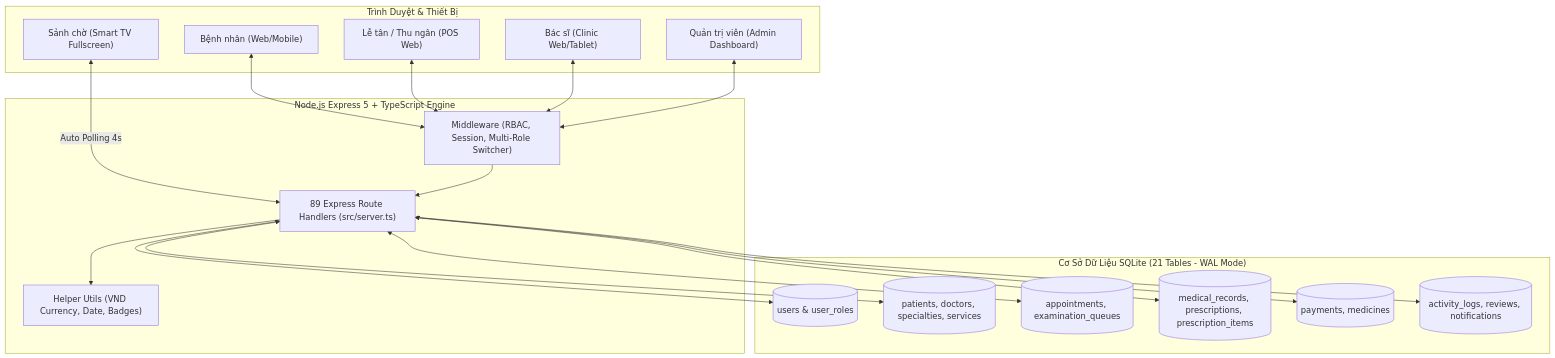
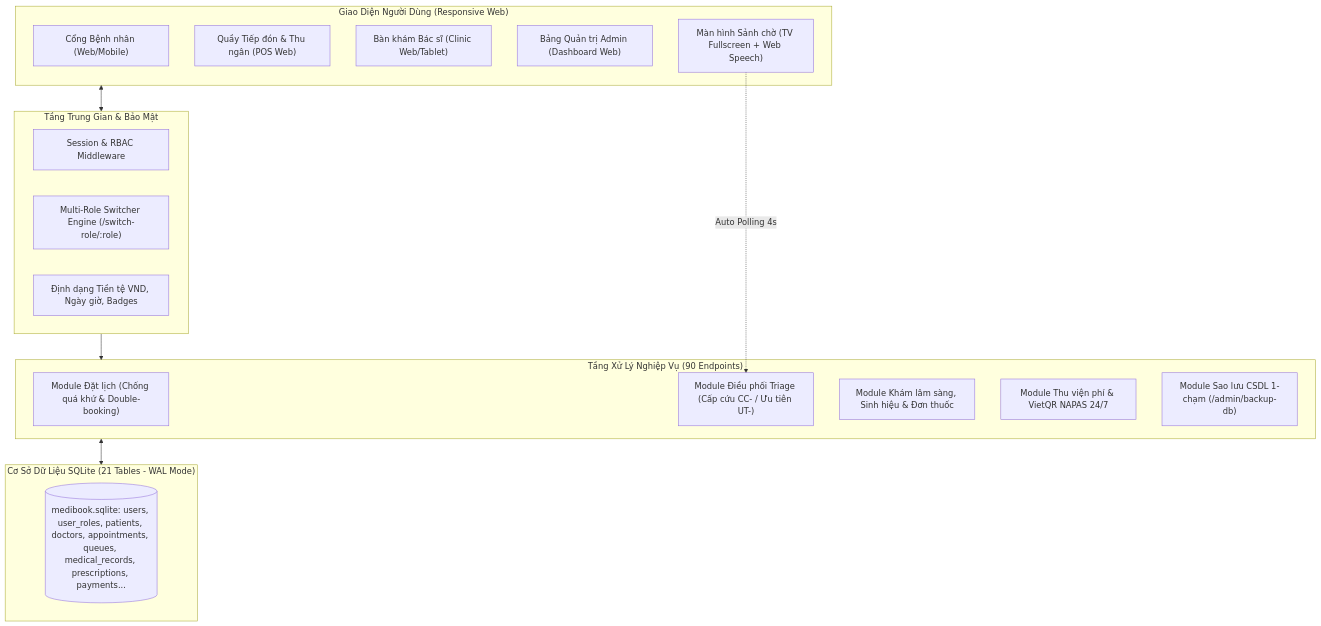
The diagram in PROJECT_AUDIT.md (ntrungz0704/MediBook), drawn with Mermaid before and after one commit. The commit also changed other lines of this file, not shown here.

Commit message:
docs: update PROJECT_AUDIT.md with fresh re-scan metrics and 45/45 test results

````diff
--- a/PROJECT_AUDIT.md
+++ b/PROJECT_AUDIT.md
@@ -53,40 +55,33 @@
 ```mermaid
 flowchart TD
-    subgraph Client["Trình Duyệt & Thiết Bị"]
-        PatientUI["Bệnh nhân (Web/Mobile)"]
-        RecepUI["Lễ tân / Thu ngân (POS Web)"]
-        DocUI["Bác sĩ (Clinic Web/Tablet)"]
-        AdminUI["Quản trị viên (Admin Dashboard)"]
-        TVUI["Sảnh chờ (Smart TV Fullscreen)"]
+    subgraph ClientLayer["Giao Diện Người Dùng (Responsive Web)"]
+        PatientPortal["Cổng Bệnh nhân (Web/Mobile)"]
+        RecepDesk["Quầy Tiếp đón & Thu ngân (POS Web)"]
+        DoctorDesk["Bàn khám Bác sĩ (Clinic Web/Tablet)"]
+        AdminDesk["Bảng Quản trị Admin (Dashboard Web)"]
+        TVBoard["Màn hình Sảnh chờ (TV Fullscreen + Web Speech)"]
     end
 
-    subgraph Server["Node.js Express 5 + TypeScript Engine"]
-        MW["Middleware (RBAC, Session, Multi-Role Switcher)"]
-        Router["89 Express Route Handlers (src/server.ts)"]
-        Helper["Helper Utils (VND Currency, Date, Badges)"]
+    subgraph MiddlewareLayer["Tầng Trung Gian & Bảo Mật"]
+        AuthMW["Session & RBAC Middleware"]
+        RoleSwitcher["Multi-Role Switcher Engine (/switch-role/:role)"]
+        HelperUtils["Định dạng Tiền tệ VND, Ngày giờ, Badges"]
     end
 
-    subgraph DataLayer["Cơ Sở Dữ Liệu SQLite (21 Tables - WAL Mode)"]
-        T_Users[("users & user_roles")]
-        T_Clinics[("patients, doctors, specialties, services")]
-        T_Appt[("appointments, examination_queues")]
-        T_Clinical[("medical_records, prescriptions, prescription_items")]
-        T_Billing[("payments, medicines")]
-        T_Audit[("activity_logs, reviews, notifications")]
+    subgraph ServiceLayer["Tầng Xử Lý Nghiệp Vụ (90 Endpoints)"]
+        BookingEngine["Module Đặt lịch (Chống quá khứ & Double-booking)"]
+        TriageQueue["Module Điều phối Triage (Cấp cứu CC- / Ưu tiên UT-)"]
+        ClinicalExam["Module Khám lâm sàng, Sinh hiệu & Đơn thuốc"]
+        CashierPOS["Module Thu viện phí & VietQR NAPAS 24/7"]
+        BackupModule["Module Sao lưu CSDL 1-chạm (/admin/backup-db)"]
     end
 
-    PatientUI <--> MW
-    RecepUI <--> MW
-    DocUI <--> MW
-    AdminUI <--> MW
-    TVUI <-->|Auto Polling 4s| Router
+    subgraph StorageLayer["Cơ Sở Dữ Liệu SQLite (21 Tables - WAL Mode)"]
+        DB[(medibook.sqlite: users, user_roles, patients, doctors, appointments, queues, medical_records, prescriptions, payments...)]
+    end
 
-    MW --> Router
-    Router --> Helper
-    Router <--> T_Users
-    Router <--> T_Clinics
-    Router <--> T_Appt
-    Router <--> T_Clinical
-    Router <--> T_Billing
-    Router <--> T_Audit
+    ClientLayer <--> MiddlewareLayer
+    MiddlewareLayer --> ServiceLayer
+    ServiceLayer <--> StorageLayer
+    TVBoard -.->|Auto Polling 4s| TriageQueue
 ```
````
